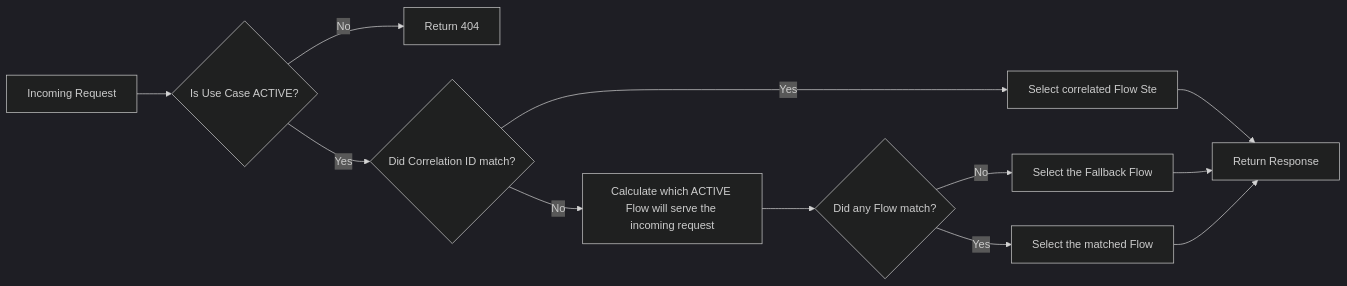
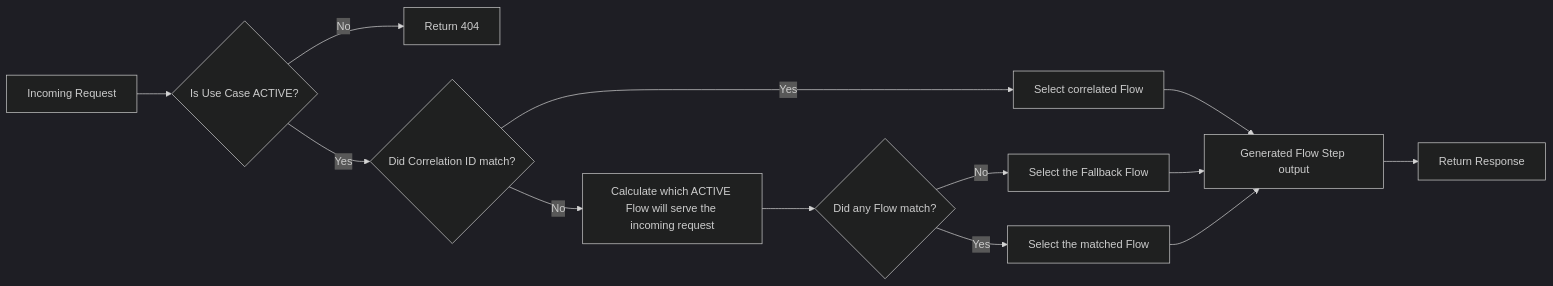
Before and after one commit to ai-model-match/backend: the diagram in README.md, drawn with Mermaid (dark theme).

Commit message:
chore: update README flow

````diff
--- a/README.md
+++ b/README.md
@@ -22,14 +22,15 @@
 ```mermaid
 flowchart LR
     A[Incoming Request] --> B{Is Use Case ACTIVE?}
     B -- No --> C[Return 404]
     B -- Yes --> D{Did Correlation ID match?}
     D -- No --> F[Calculate which ACTIVE Flow will serve the incoming request]
-    D -- Yes --> E[Select correlated Flow Ste]
+    D -- Yes --> E[Select correlated Flow]
     F --> G{Did any Flow match?}
     G -- No --> H[Select the Fallback Flow]
     G -- Yes --> I[Select the matched Flow]
-    E --> R[Return Response]
-    H --> R[Return Response]
-    I --> R[Return Response]
+    E --> L[Generated Flow Step output]
+    H --> L[Generated Flow Step output]
+    I --> L[Generated Flow Step output]
+    L --> M[Return Response]
 ```
````
